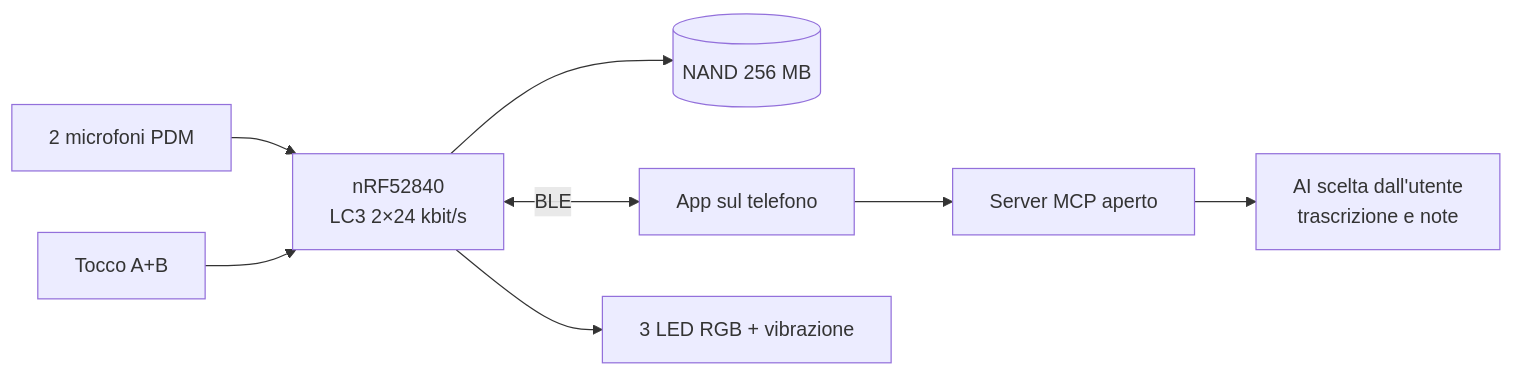
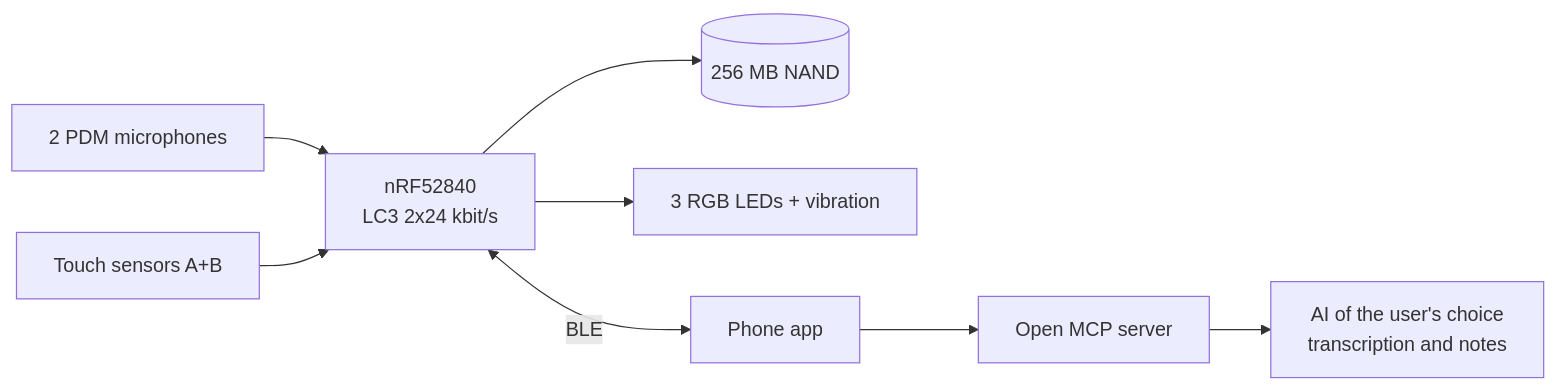
The diagram in README.md (PZero/notapad), drawn with Mermaid before and after one commit. The commit also changed other lines of this file and 3 other files, not shown here.

````diff
--- a/README.md
+++ b/README.md
@@ -36,10 +55,10 @@
 ```mermaid
 flowchart LR
-  MIC[2 microfoni PDM] --> NRF[nRF52840<br/>LC3 2×24 kbit/s]
-  NRF --> NAND[(NAND 256 MB)]
-  NRF <-->|BLE| APP[App sul telefono]
-  APP --> MCP[Server MCP aperto]
-  MCP --> AI[AI scelta dall'utente<br/>trascrizione e note]
-  TOUCH[Tocco A+B] --> NRF
-  NRF --> LED[3 LED RGB + vibrazione]
+  MIC[2 PDM microphones] --> NRF[nRF52840<br/>LC3 2x24 kbit/s]
+  TOUCH[Touch sensors A+B] --> NRF
+  NRF --> NAND[(256 MB NAND)]
+  NRF --> OUT[3 RGB LEDs + vibration]
+  NRF <-->|BLE| APP[Phone app]
+  APP --> MCP[Open MCP server]
+  MCP --> AI[AI of the user's choice<br/>transcription and notes]
 ```
````
